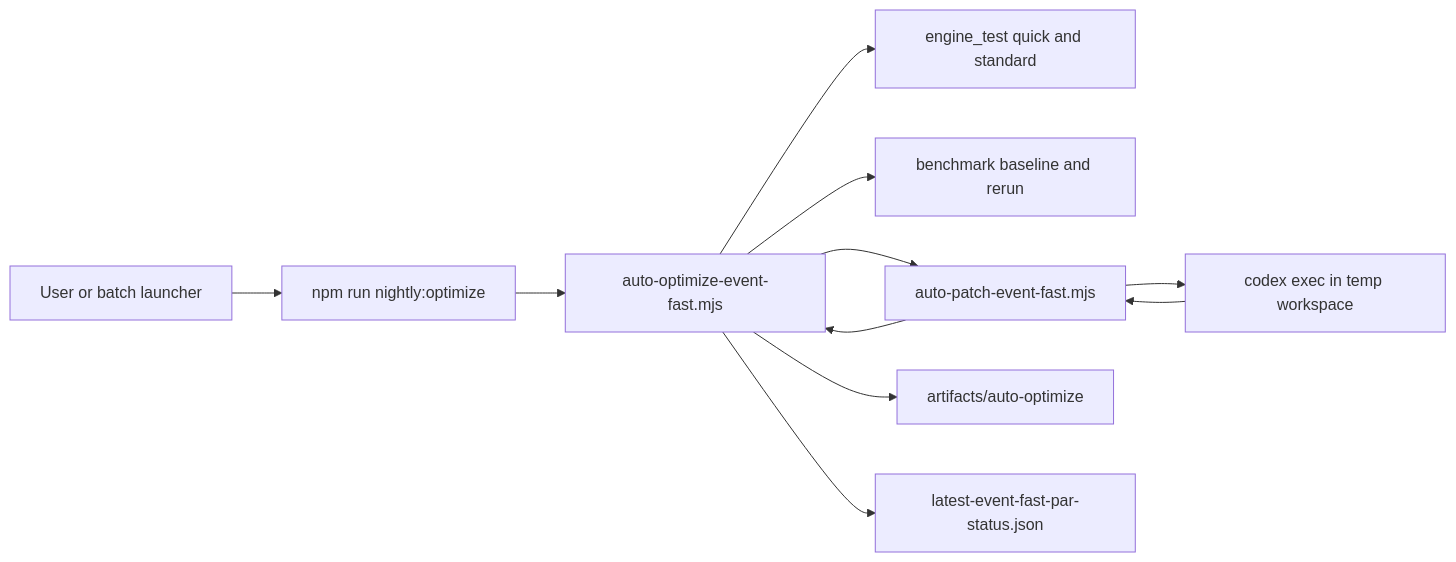
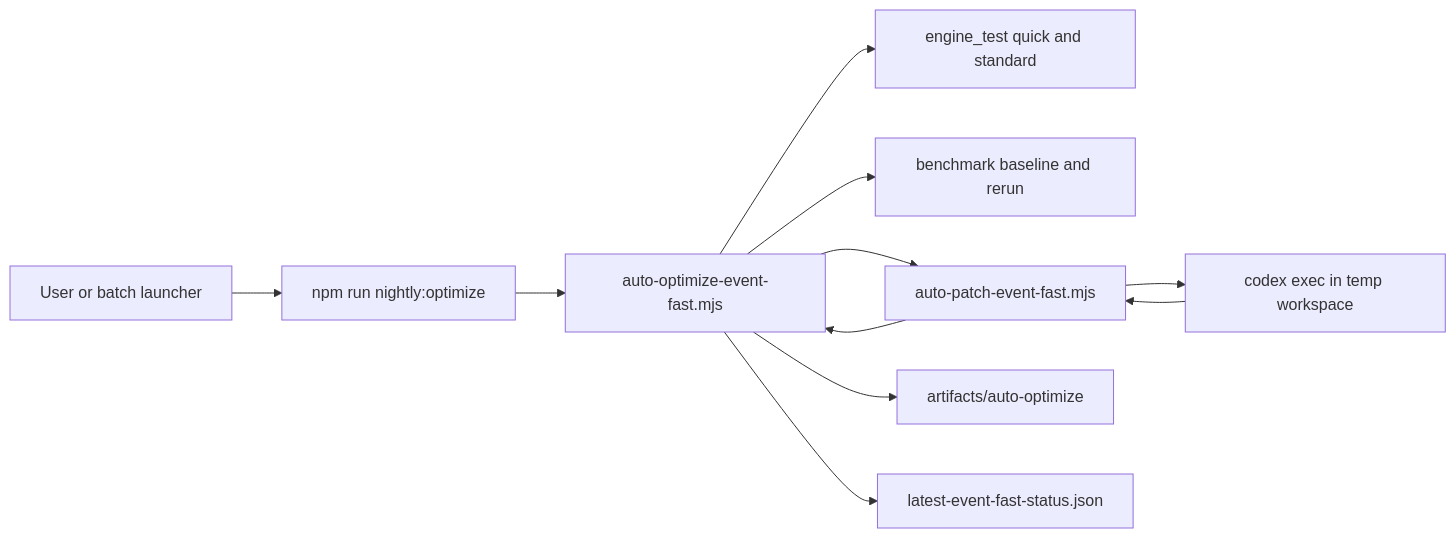
Before and after one commit to suzuking001/fact_sim: the second of 3 diagrams in docs/overnight-auto-optimize.md, drawn with Mermaid. The commit also changed other lines of this file and 112 other files, not shown here.

````diff
--- a/docs/overnight-auto-optimize.md
+++ b/docs/overnight-auto-optimize.md
@@ -58,13 +58,13 @@
 ```mermaid
 flowchart LR
   User[User or batch launcher] --> NPM[npm run nightly:optimize]
   NPM --> OPT[auto-optimize-event-fast.mjs]
   OPT --> TEST[engine_test quick and standard]
   OPT --> BENCH[benchmark baseline and rerun]
   OPT --> PATCH[auto-patch-event-fast.mjs]
   PATCH --> CODEX[codex exec in temp workspace]
   CODEX --> PATCH
   PATCH --> OPT
   OPT --> ART[artifacts/auto-optimize]
-  OPT --> STAT[latest-event-fast-par-status.json]
+  OPT --> STAT[latest-event-fast-status.json]
 ```
````
